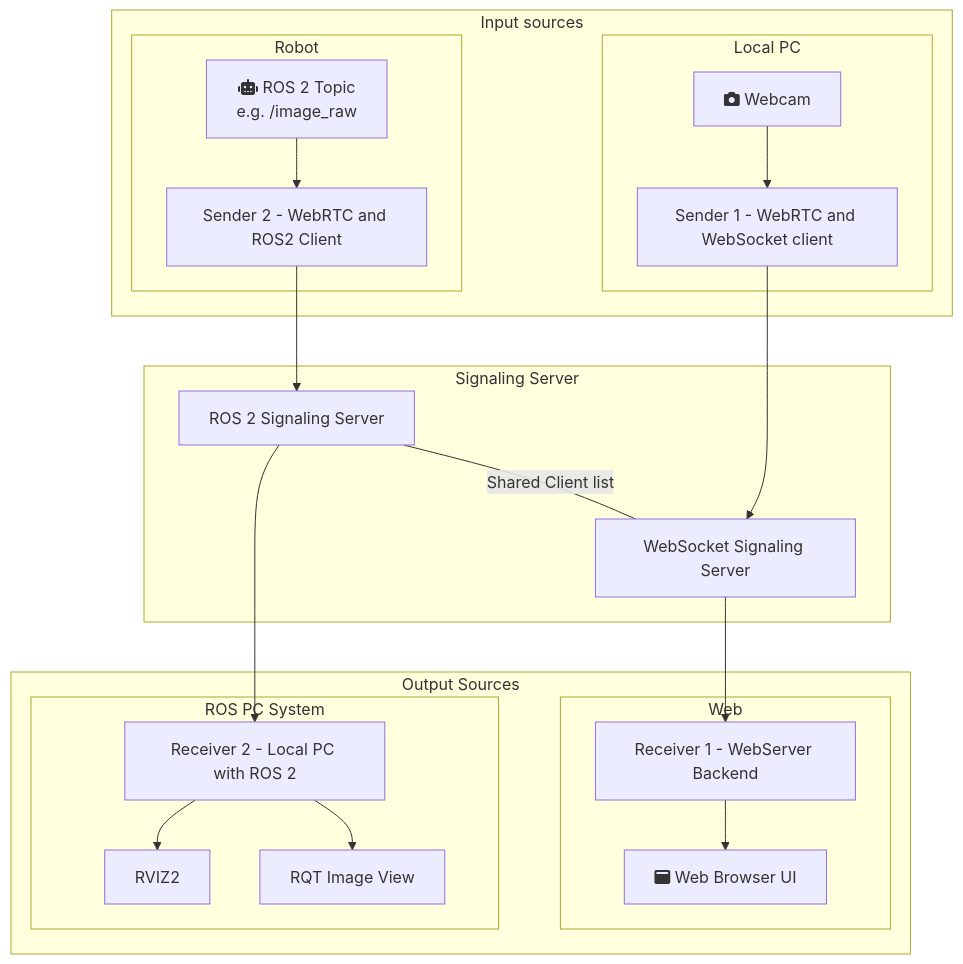
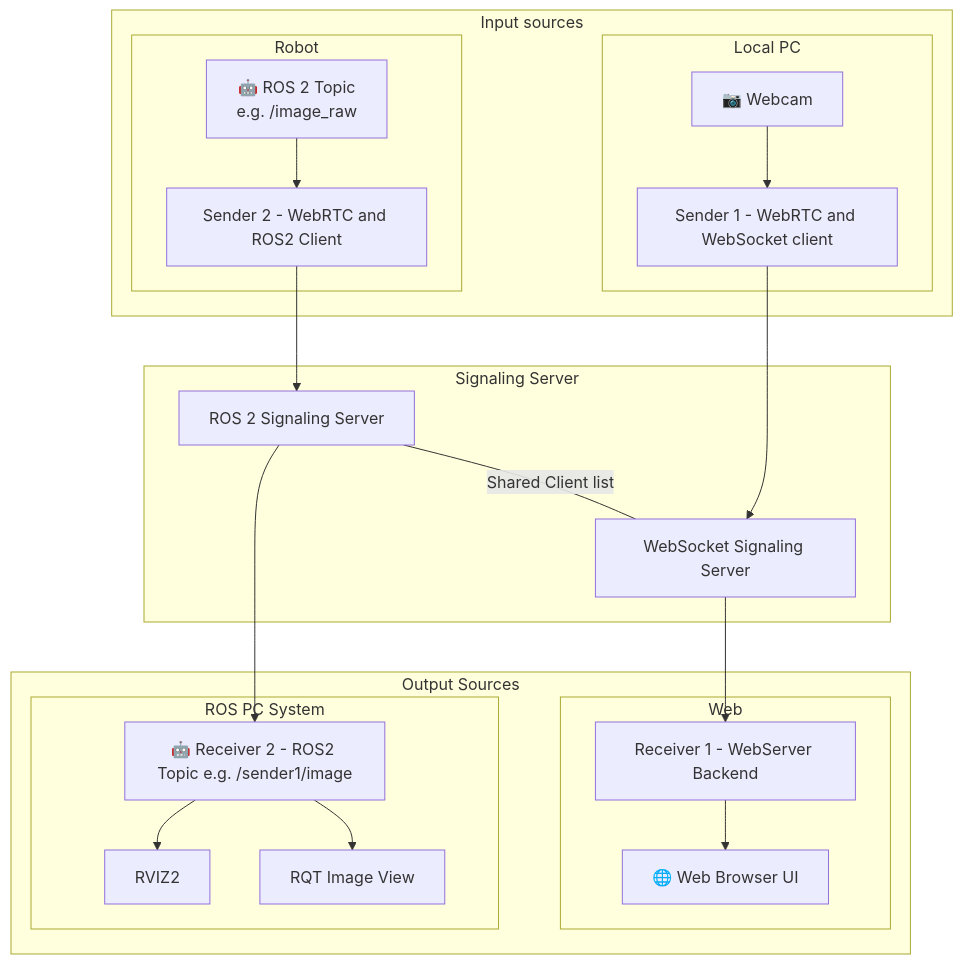
One commit to brean/webrtc_bridge changed the diagram in README.md. Above: the diagram before and after it, drawn with Mermaid.

Commit message:
Update README.md
use UTF-8 emojis instead of fa-icons

````diff
--- a/README.md
+++ b/README.md
@@ -18,46 +18,46 @@
 ```mermaid
 graph TD
     subgraph Input sources
         subgraph "Local PC"
-            Webcam[<i class='fa fa-camera'></i> Webcam]
+            Webcam[📷 Webcam]
             S1["Sender 1 - WebRTC and WebSocket client"]    
         end
         
         subgraph "Robot"
-            ROS2Topic[<i class='fa fa-robot'></i> ROS 2 Topic<br>e.g. /image_raw]
+            ROS2Topic[🤖 ROS 2 Topic<br>e.g. /image_raw]
             S2[Sender 2 - WebRTC and ROS2 Client]
         end
     end
 
     Webcam --> S1
     ROS2Topic --> S2
 
     subgraph "Signaling Server"
         ROSSignal["ROS 2 Signaling Server"]
         WSSignal["WebSocket Signaling Server"]
         
         ROSSignal --- |"Shared Client list"| WSSignal
     end
 
     S1 --> WSSignal
     S2 --> ROSSignal
 
     WSSignal --> R1
     ROSSignal --> R2
 
     subgraph "Output Sources"
         subgraph "Web"
             R1[Receiver 1 - WebServer Backend]
-            Browser[<i class='fa fa-window-maximize'></i> Web Browser UI]
+            Browser[🌐 Web Browser UI]
         end
         subgraph "ROS PC System"
-            R2[Receiver 2 - Local PC with ROS 2]
+            R2[🤖 Receiver 2 - ROS2 Topic e.g. /sender1/image]
             RV[RVIZ2]
             RQT[RQT Image View]
         end
     end
 
     R1 --> Browser
     R2 --> RV
     R2 --> RQT
 ```
````
